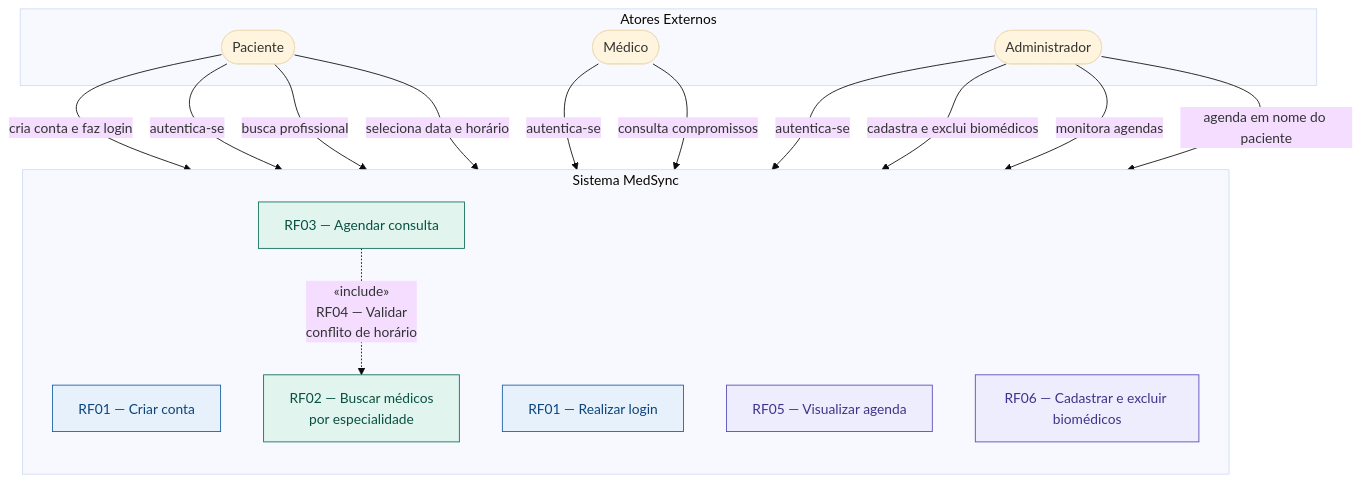
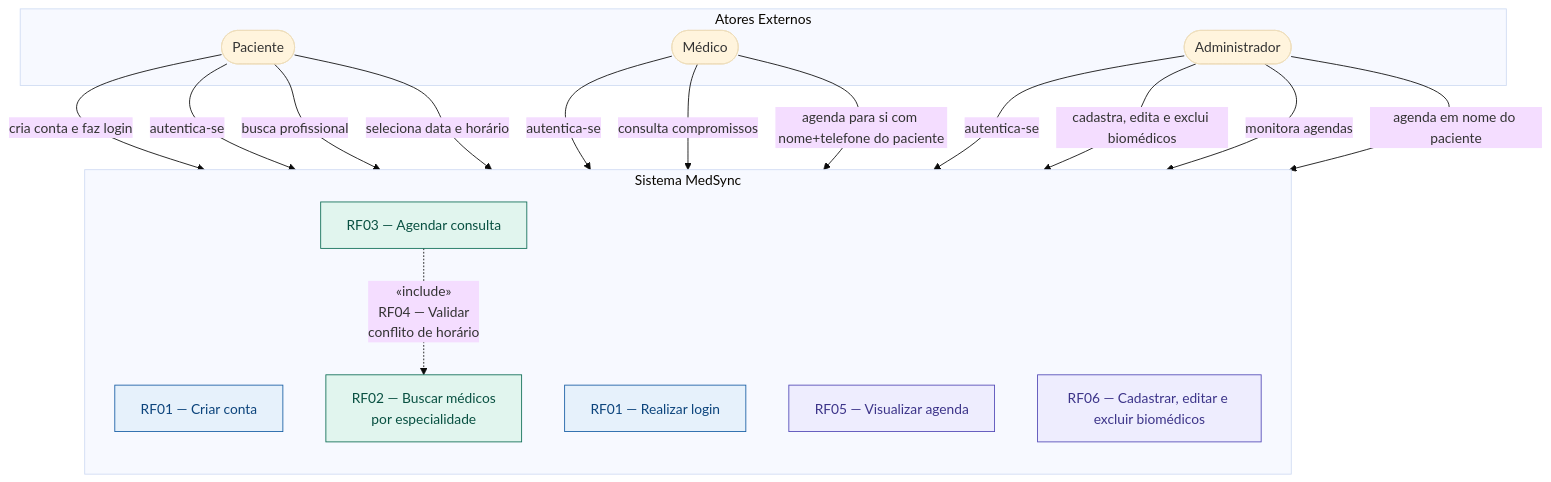
The first of 8 diagrams in README.md (vitorbansen/Portifolio-MedSync), drawn with Mermaid (base theme) before and after one commit. The commit also changed other lines of this file and 110 other files, not shown here.

````diff
--- a/README.md
+++ b/README.md
@@ -195,40 +195,41 @@
 ```mermaid
 flowchart TB
     subgraph Atores Externos
         P(["Paciente"])
         M(["Médico"])
         ADM(["Administrador"])
     end
 
     subgraph Sistema MedSync
         direction TB
         UC1["RF01 — Criar conta"]
         UC2["RF01 — Realizar login"]
         UC3["RF02 — Buscar médicos\npor especialidade"]
         UC4["RF03 — Agendar consulta"]
         UC5["RF05 — Visualizar agenda"]
-        UC6["RF06 — Cadastrar e excluir biomédicos"]
+        UC6["RF06 — Cadastrar, editar e excluir biomédicos"]
     end
 
     P -->|"cria conta e faz login"| UC1
     P -->|"autentica-se"| UC2
     P -->|"busca profissional"| UC3
     P -->|"seleciona data e horário"| UC4
 
     M -->|"autentica-se"| UC2
     M -->|"consulta compromissos"| UC5
+    M -->|"agenda para si com nome+telefone do paciente"| UC4
 
     ADM -->|"autentica-se"| UC2
-    ADM -->|"cadastra e exclui biomédicos"| UC6
+    ADM -->|"cadastra, edita e exclui biomédicos"| UC6
     ADM -->|"monitora agendas"| UC5
     ADM -->|"agenda em nome do paciente"| UC4
 
     UC4 -.->|"«include»\nRF04 — Validar\nconflito de horário"| UC3
 
     style UC1 fill:#E6F1FB,stroke:#185FA5,color:#0C447C
     style UC2 fill:#E6F1FB,stroke:#185FA5,color:#0C447C
     style UC3 fill:#E1F5EE,stroke:#0F6E56,color:#085041
     style UC4 fill:#E1F5EE,stroke:#0F6E56,color:#085041
     style UC5 fill:#EEEDFE,stroke:#534AB7,color:#3C3489
     style UC6 fill:#EEEDFE,stroke:#534AB7,color:#3C3489
 ```
````
